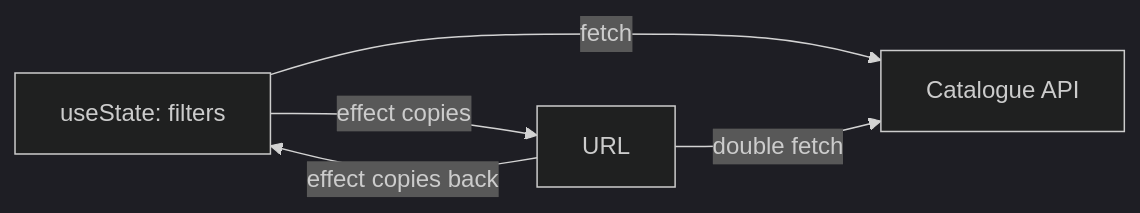
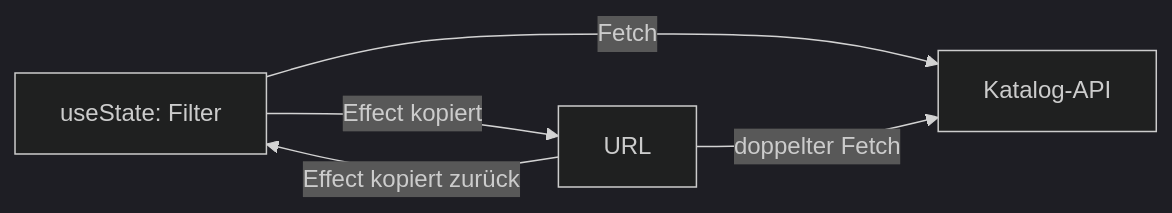
The first of 6 diagrams in topics/lists-and-pagination/README.md (christiansany/cas-fee-26-frontend-challenges), drawn with Mermaid (dark theme) before and after one commit. The commit also changed other lines of this file and 15 other files, not shown here.

First line of the commit message:
Rework GraphQL vs REST and translate the topics to German

````diff
--- a/topics/lists-and-pagination/README.md
+++ b/topics/lists-and-pagination/README.md
@@ -54,7 +54,7 @@
 ```mermaid
 flowchart LR
-  State["useState: filters"] -- "effect copies" --> URL["URL"]
-  URL -- "effect copies back" --> State
-  State -- "fetch" --> API["Catalogue API"]
-  URL -- "double fetch" --> API
+  State["useState: Filter"] -- "Effect kopiert" --> URL["URL"]
+  URL -- "Effect kopiert zurück" --> State
+  State -- "Fetch" --> API["Katalog-API"]
+  URL -- "doppelter Fetch" --> API
 ```
````
